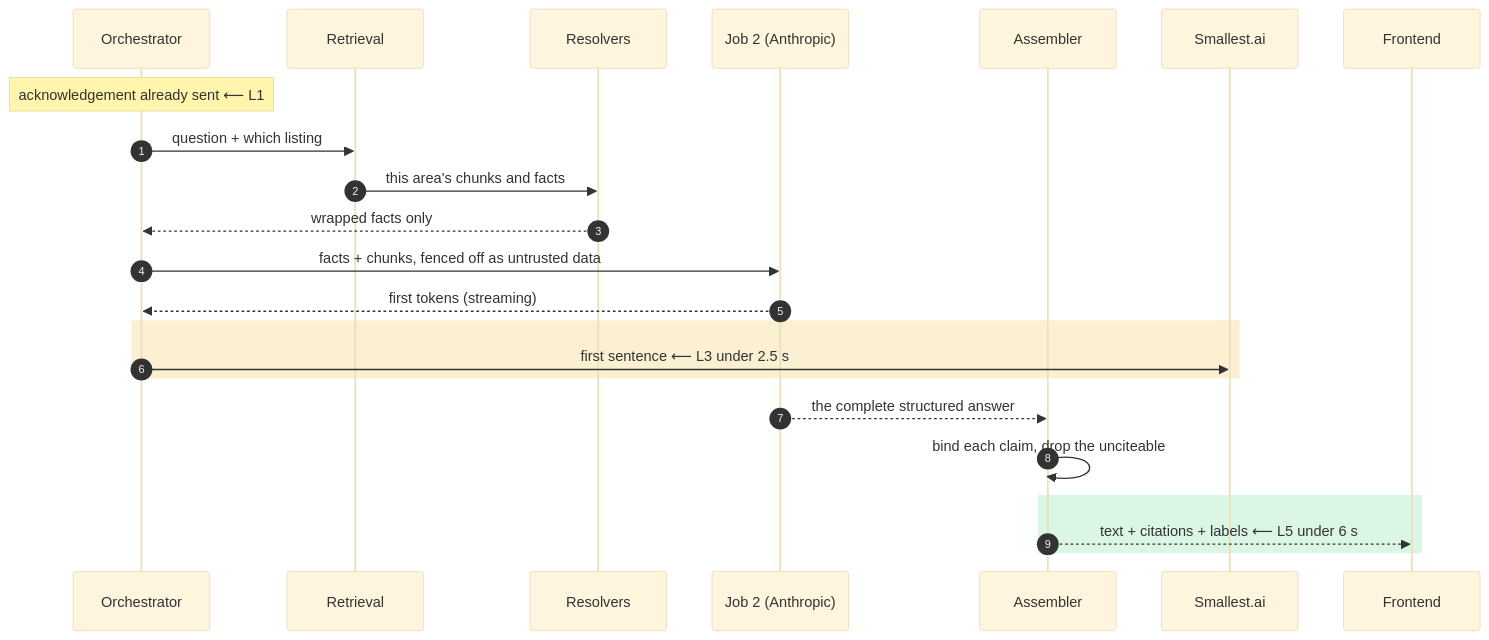
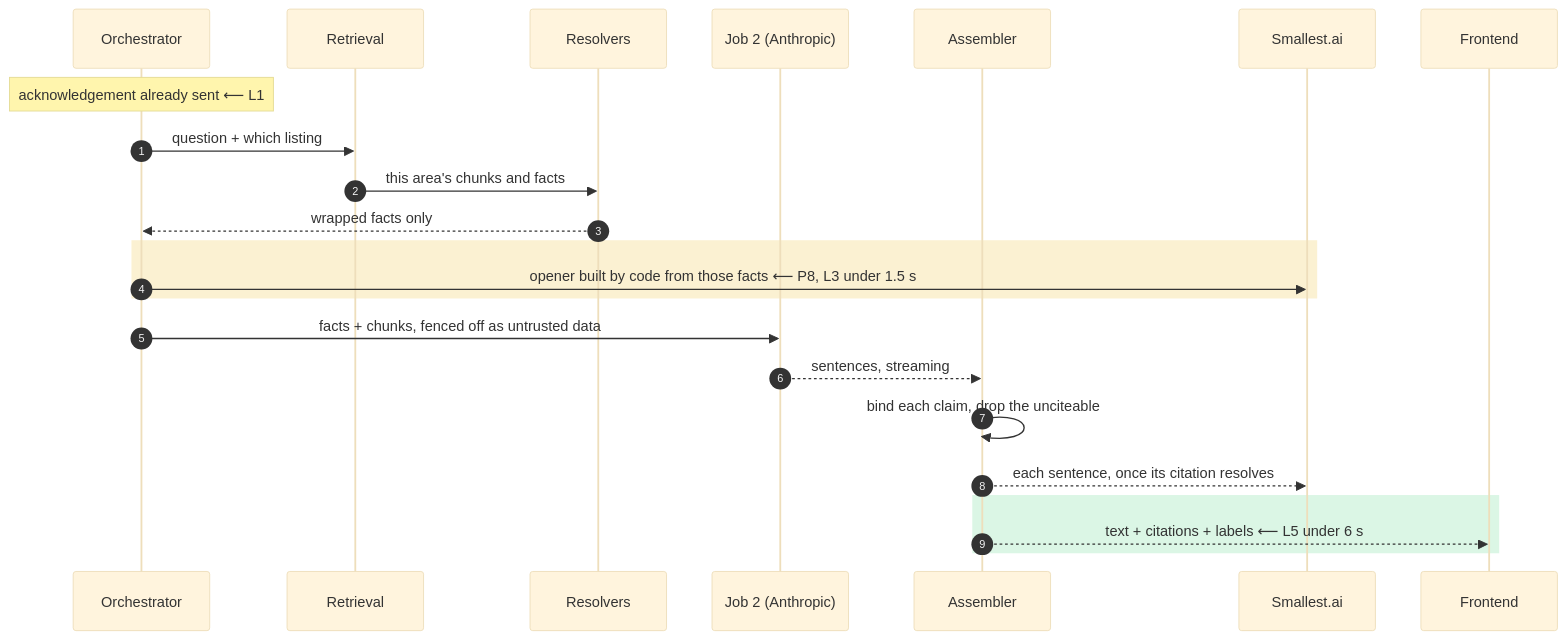
Before and after one commit to KarthikBattaram19/Capstone_Project_Next_Leap: diagram 18 of 22 in Docs/Architecture.md, drawn with Mermaid (base theme). The commit also changed other lines of this file and 3 other files, not shown here.

````diff
--- a/Docs/Architecture.md
+++ b/Docs/Architecture.md
@@ -855,26 +861,26 @@
 ```mermaid
 sequenceDiagram
     autonumber
     participant TO as Orchestrator
     participant RS as Retrieval
     participant RES as Resolvers
     participant J2 as Job 2 (Anthropic)
     participant CA as Assembler
     participant TTS as Smallest.ai
     participant FE as Frontend
 
     Note over TO: acknowledgement already sent ⟵ L1
     TO->>RS: question + which listing
     RS->>RES: this area's chunks and facts
     RES-->>TO: wrapped facts only
+    rect rgba(234, 179, 8, 0.18)
+    TO->>TTS: opener built by code from those facts ⟵ P8, L3 under 1.5 s
+    end
     TO->>J2: facts + chunks, fenced off as untrusted data
-    J2-->>TO: first tokens (streaming)
-    rect rgba(234, 179, 8, 0.18)
-    TO->>TTS: first sentence ⟵ L3 under 2.5 s
-    end
-    J2-->>CA: the complete structured answer
+    J2-->>CA: sentences, streaming
     CA->>CA: bind each claim, drop the unciteable
+    CA-->>TTS: each sentence, once its citation resolves
     rect rgba(34, 197, 94, 0.16)
     CA-->>FE: text + citations + labels ⟵ L5 under 6 s
     end
 ```
````
